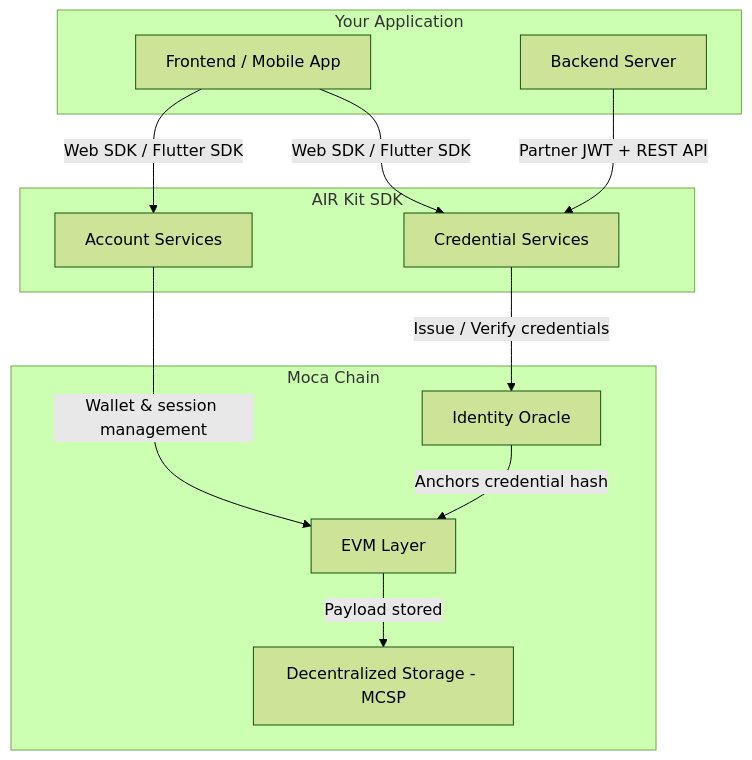
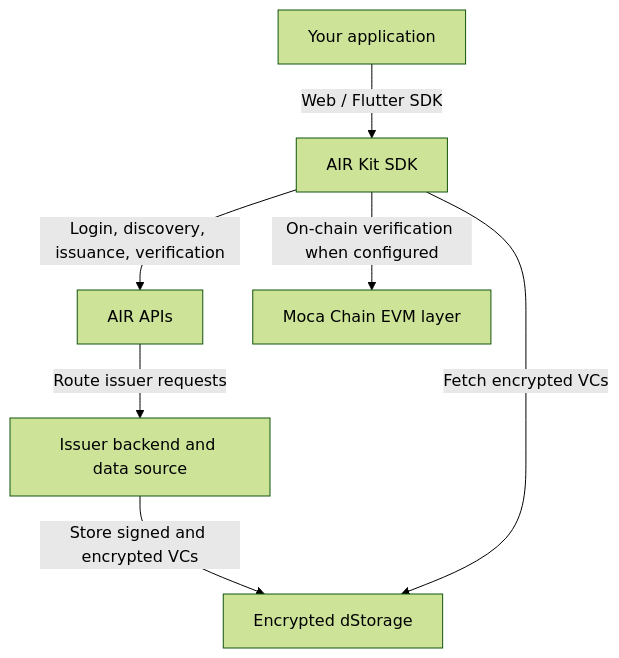
One commit to MocaNetwork/docs changed the first of 2 diagrams in airkit/guides/overview.mdx. Above: the diagram before and after it, drawn with Mermaid (forest theme). The commit also changed other lines of this file, not shown here.

First line of the commit message:
Feat: Upgrade Airkit overview flow to meet latest updates (#31)

````diff
--- a/airkit/guides/overview.mdx
+++ b/airkit/guides/overview.mdx
@@ -10,26 +10,16 @@
 ```mermaid
 graph TD
-    subgraph YourApp["Your Application"]
-      A[Frontend / Mobile App]
-      B[Backend Server]
-    end
+    APP[Your application]
+    SDK[AIR Kit SDK]
+    API[AIR APIs]
+    ISS[Issuer backend and data source]
+    STORE[Encrypted dStorage]
+    EVM[Moca Chain EVM layer]
 
-    subgraph SDK["AIR Kit SDK"]
-      C[Account Services]
-      D[Credential Services]
-    end
-
-    subgraph Chain["Moca Chain"]
-      E[Identity Oracle]
-      F[EVM Layer]
-      G[Decentralized Storage - MCSP]
-    end
-
-    A -->|Web SDK / Flutter SDK| C
-    A -->|Web SDK / Flutter SDK| D
-    B -->|Partner JWT + REST API| D
-    C -->|Wallet & session management| F
-    D -->|Issue / Verify credentials| E
-    E -->|Anchors credential hash| F
-    F -->|Payload stored| G
+    APP -->|Web / Flutter SDK| SDK
+    SDK -->|Login, discovery, issuance, verification| API
+    API -->|Route issuer requests| ISS
+    ISS -->|Store signed and encrypted VCs| STORE
+    SDK -->|Fetch encrypted VCs| STORE
+    SDK -->|On-chain verification when configured| EVM
 ```
````
